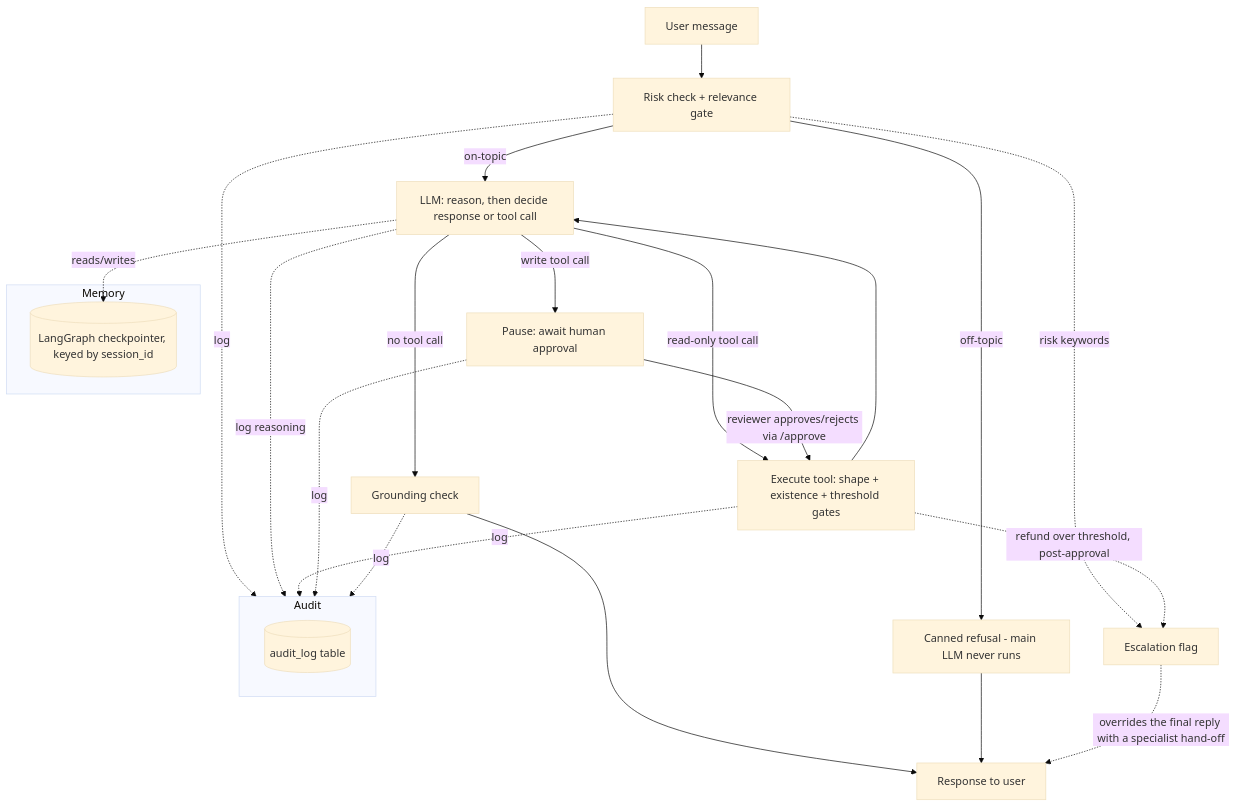
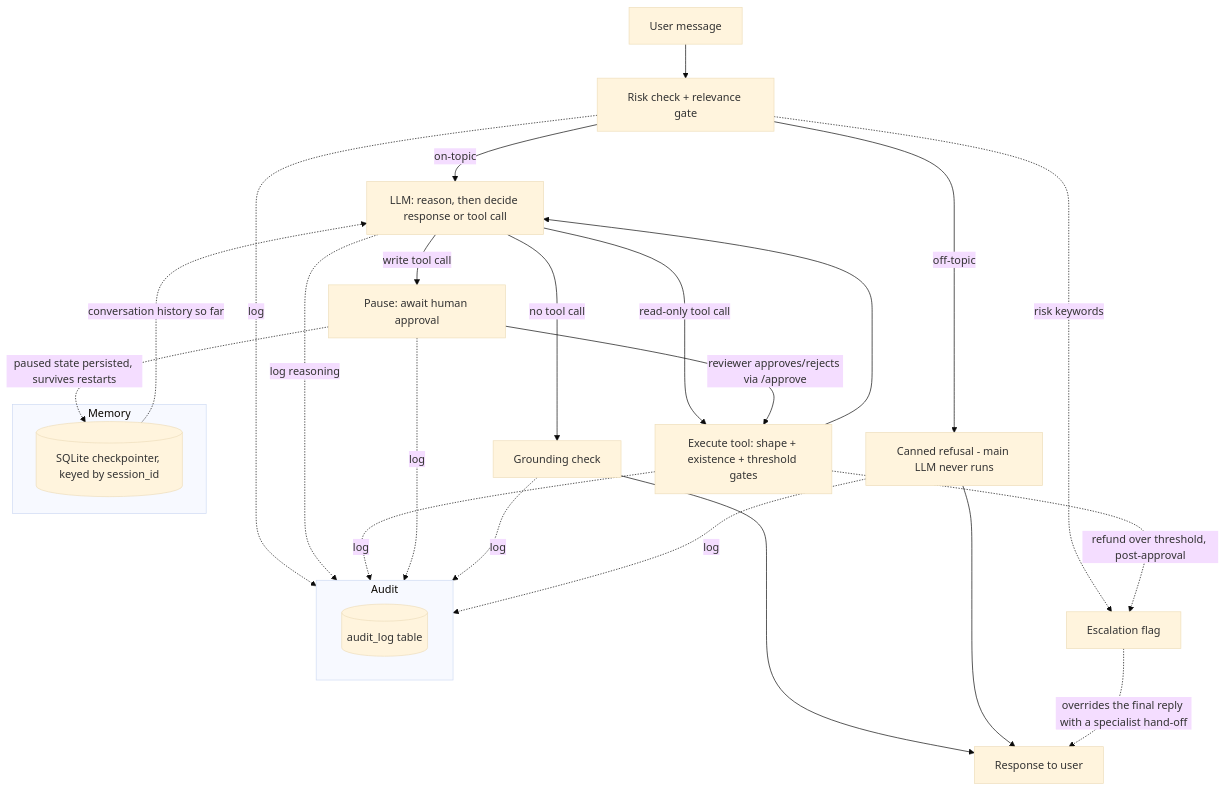
One commit to Obi-Uno/langgraph-support-agent changed the diagram in README.md. Above: the diagram before and after it, drawn with Mermaid (base theme). The commit also changed other lines of this file and 8 other files, not shown here.

````diff
--- a/README.md
+++ b/README.md
@@ -45,32 +48,34 @@
 ```mermaid
 flowchart TD
     U[User message] --> R[Risk check + relevance gate]
     R -->|off-topic| OT[Canned refusal - main LLM never runs]
     R -->|on-topic| M[LLM: reason, then decide response or tool call]
     M -->|read-only tool call| T[Execute tool: shape + existence + threshold gates]
     M -->|write tool call| WAIT[Pause: await human approval]
     M -->|no tool call| GC[Grounding check]
     WAIT -->|reviewer approves/rejects via /approve| T
     T --> M
     GC --> OUT[Response to user]
     OT --> OUT
 
     R -.->|risk keywords| ESC
     T -.->|refund over threshold, post-approval| ESC
     ESC[Escalation flag] -.->|overrides the final reply with a specialist hand-off| OUT
 
     subgraph Memory
-      CP[(LangGraph checkpointer, keyed by session_id)]
+      CP[(SQLite checkpointer, keyed by session_id)]
     end
-    M -.reads/writes.-> CP
+    CP -.->|conversation history so far| M
+    WAIT -.->|paused state persisted, survives restarts| CP
 
     subgraph Audit
       direction LR
       AL[(audit_log table)]
     end
     R -.log.-> AL
     M -.log reasoning.-> AL
     T -.log.-> AL
     WAIT -.log.-> AL
     GC -.log.-> AL
+    OT -.log.-> AL
 ```
````
